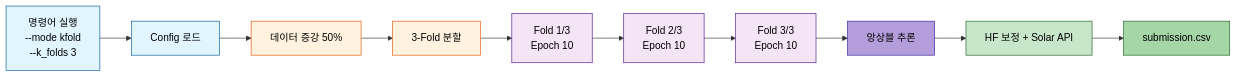
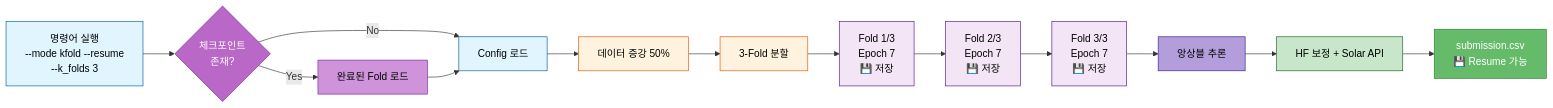
Before and after one commit to AIBootcamp14/naturallanguageprocessingcompetition-nlp-1: the fourth of 6 diagrams in docs/모듈화/04_02_KoBART_단일모델_최강_성능_전략.md, drawn with Mermaid. The commit also changed other lines of this file, not shown here.

````diff
--- a/docs/모듈화/04_02_KoBART_단일모델_최강_성능_전략.md
+++ b/docs/모듈화/04_02_KoBART_단일모델_최강_성능_전략.md
@@ -523,23 +549,28 @@
 ```mermaid
 graph LR
-    A[명령어 실행<br/>--mode kfold<br/>--k_folds 3] --> B[Config 로드]
+    A[명령어 실행<br/>--mode kfold --resume<br/>--k_folds 3] --> CP1{체크포인트<br/>존재?}
+    CP1 -->|Yes| CP2[완료된 Fold 로드]
+    CP1 -->|No| B[Config 로드]
+    CP2 --> B
     B --> C[데이터 증강 50%]
     C --> D[3-Fold 분할]
-    D --> E[Fold 1/3<br/>Epoch 10]
-    E --> F[Fold 2/3<br/>Epoch 10]
-    F --> G[Fold 3/3<br/>Epoch 10]
+    D --> E[Fold 1/3<br/>Epoch 7<br/>💾 저장]
+    E --> F[Fold 2/3<br/>Epoch 7<br/>💾 저장]
+    F --> G[Fold 3/3<br/>Epoch 7<br/>💾 저장]
     G --> H[앙상블 추론]
     H --> I[HF 보정 + Solar API]
-    I --> J[submission.csv]
+    I --> J[submission.csv<br/>💾 Resume 가능]
 
     style A fill:#e1f5ff,stroke:#01579b,color:#000
+    style CP1 fill:#ba68c8,stroke:#7b1fa2,color:#fff
+    style CP2 fill:#ce93d8,stroke:#7b1fa2,color:#000
     style B fill:#e1f5ff,stroke:#01579b,color:#000
     style C fill:#fff3e0,stroke:#e65100,color:#000
     style D fill:#fff3e0,stroke:#e65100,color:#000
     style E fill:#f3e5f5,stroke:#4a148c,color:#000
     style F fill:#f3e5f5,stroke:#4a148c,color:#000
     style G fill:#f3e5f5,stroke:#4a148c,color:#000
     style H fill:#b39ddb,stroke:#311b92,color:#000
     style I fill:#c8e6c9,stroke:#1b5e20,color:#000
-    style J fill:#a5d6a7,stroke:#1b5e20,color:#000
+    style J fill:#66bb6a,stroke:#2e7d32,color:#fff
 ```
````
